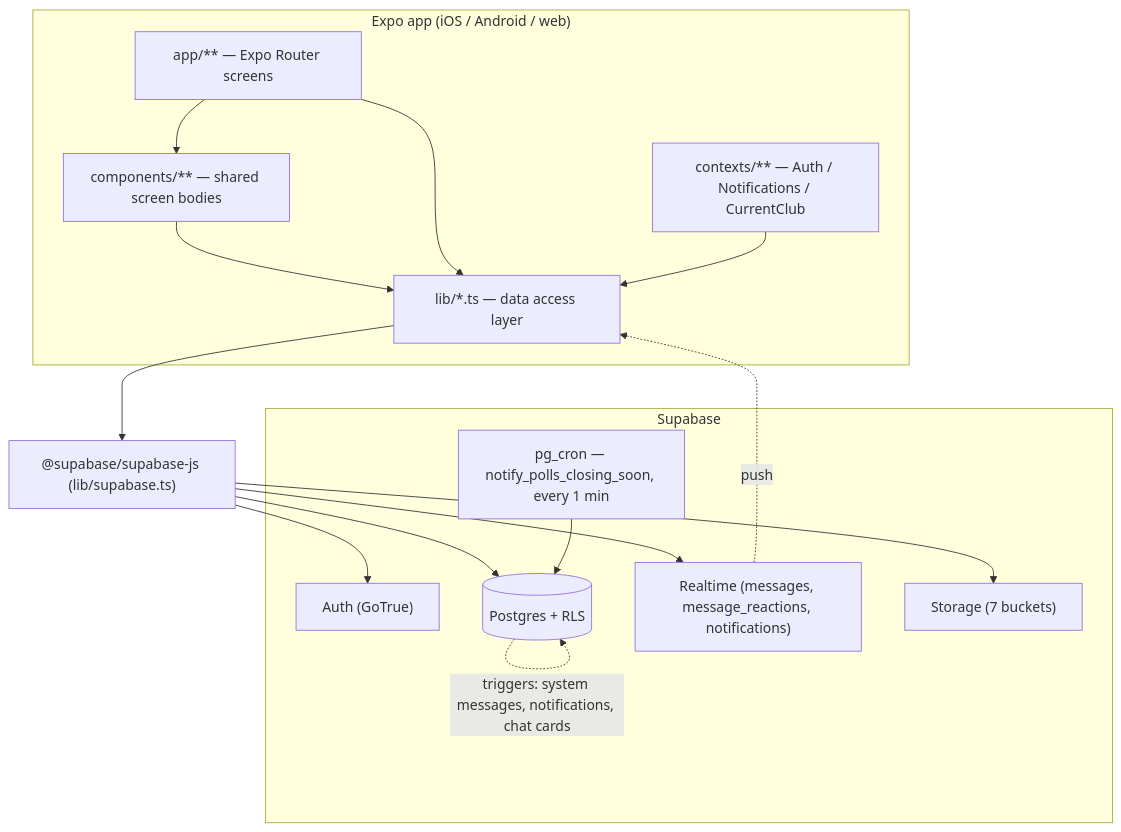
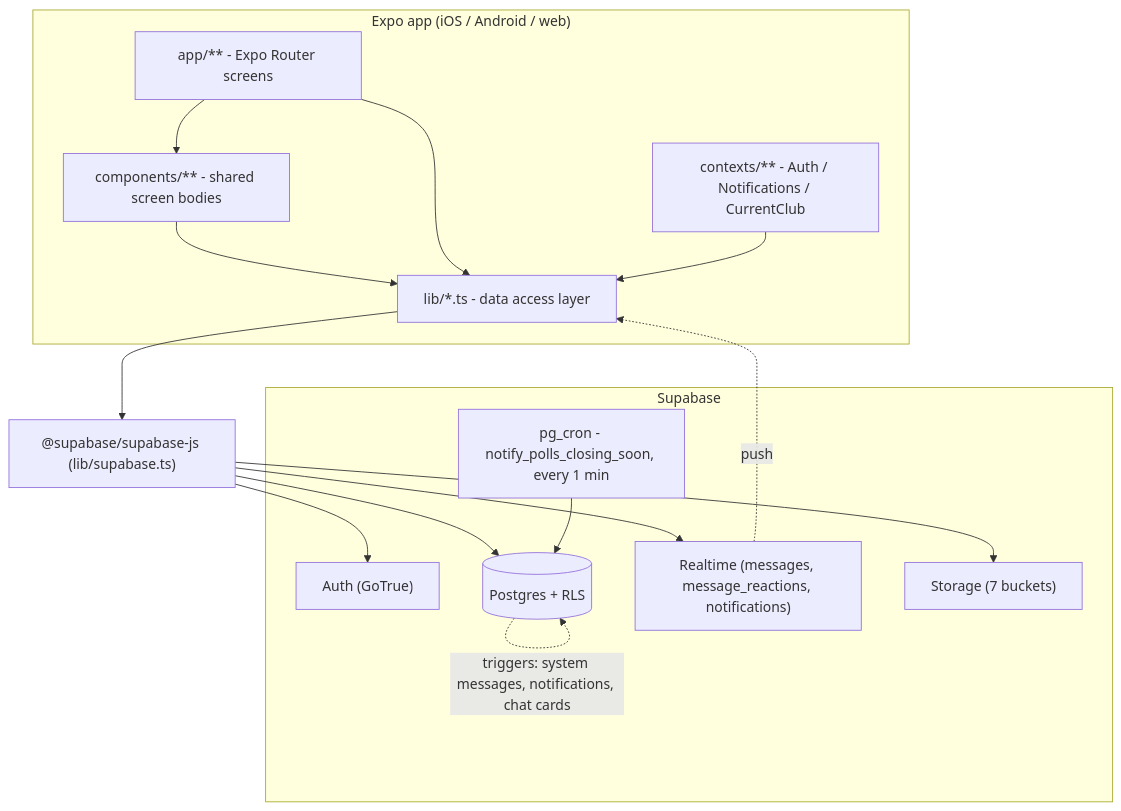
One commit to parks3131/ClubChat changed the diagram in SPEC/TECH/00-architecture.md. Above: the diagram before and after it, drawn with Mermaid. The commit also changed other lines of this file and 33 other files, not shown here.

````diff
--- a/SPEC/TECH/00-architecture.md
+++ b/SPEC/TECH/00-architecture.md
@@ -9,31 +9,31 @@
 ```mermaid
 flowchart TB
   subgraph client["Expo app (iOS / Android / web)"]
-    screens["app/** — Expo Router screens"]
-    comps["components/** — shared screen bodies"]
-    ctx["contexts/** — Auth / Notifications / CurrentClub"]
-    lib["lib/*.ts — data access layer"]
+    screens["app/** - Expo Router screens"]
+    comps["components/** - shared screen bodies"]
+    ctx["contexts/** - Auth / Notifications / CurrentClub"]
+    lib["lib/*.ts - data access layer"]
     screens --> comps
     comps --> lib
     screens --> lib
     ctx --> lib
   end
 
   lib --> sdk["@supabase/supabase-js (lib/supabase.ts)"]
 
   subgraph supabase["Supabase"]
     auth["Auth (GoTrue)"]
     pg[("Postgres + RLS")]
     rt["Realtime (messages, message_reactions, notifications)"]
     store["Storage (7 buckets)"]
-    cron["pg_cron — notify_polls_closing_soon, every 1 min"]
+    cron["pg_cron - notify_polls_closing_soon, every 1 min"]
   end
 
   sdk --> auth
   sdk --> pg
   sdk --> rt
   sdk --> store
   cron --> pg
   pg -. "triggers: system messages, notifications, chat cards" .-> pg
   rt -. "push" .-> lib
 ```
````
